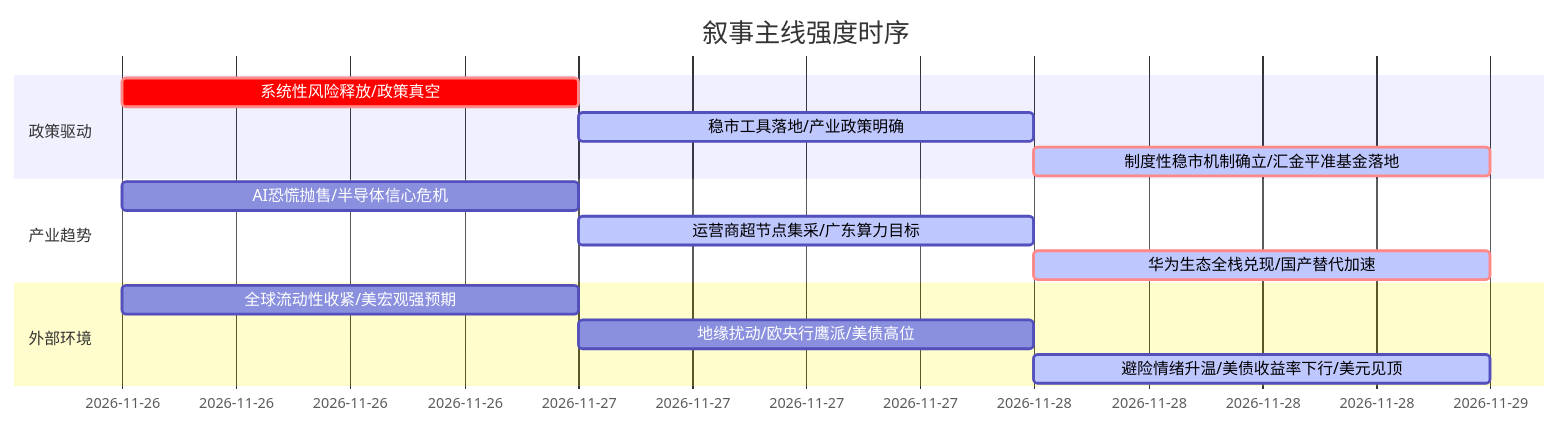
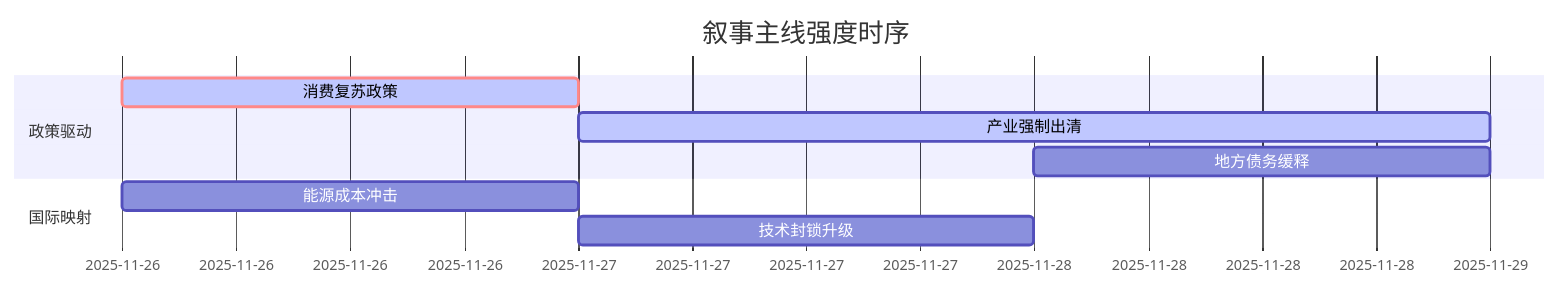
One commit to uu5zn/uu5zn.github.io changed the diagram in 5day_report.md. Above: the diagram before and after it, drawn with Mermaid. The commit also changed other lines of this file and 3 other files, not shown here.

````diff
--- a/5day_report.md
+++ b/5day_report.md
@@ -56,19 +47,13 @@
 ```mermaid
 gantt
     title 叙事主线强度时序
     dateFormat  YYYY-MM-DD
     section 政策驱动
-    系统性风险释放/政策真空   :crit, 2026-11-26, 1d
-    稳市工具落地/产业政策明确   :active, 2026-11-27, 1d
-    制度性稳市机制确立/汇金平准基金落地 :crit, active, 2026-11-28, 1d
+    消费复苏政策   :crit, active, 2025-11-26, 1d
+    产业强制出清   :active, 2025-11-27, 2d
+    地方债务缓释   :2025-11-28, 1d
     
-    section 产业趋势
-    AI恐慌抛售/半导体信心危机   :2026-11-26, 1d
-    运营商超节点集采/广东算力目标 :active, 2026-11-27, 1d
-    华为生态全栈兑现/国产替代加速 :crit, active, 2026-11-28, 1d
-    
-    section 外部环境
-    全球流动性收紧/美宏观强预期   :2026-11-26, 1d
-    地缘扰动/欧央行鹰派/美债高位   :2026-11-27, 1d
-    避险情绪升温/美债收益率下行/美元见顶 :active, 2026-11-28, 1d
+    section 国际映射
+    能源成本冲击   :2025-11-26, 1d
+    技术封锁升级   :2025-11-27, 1d
 ```
````
